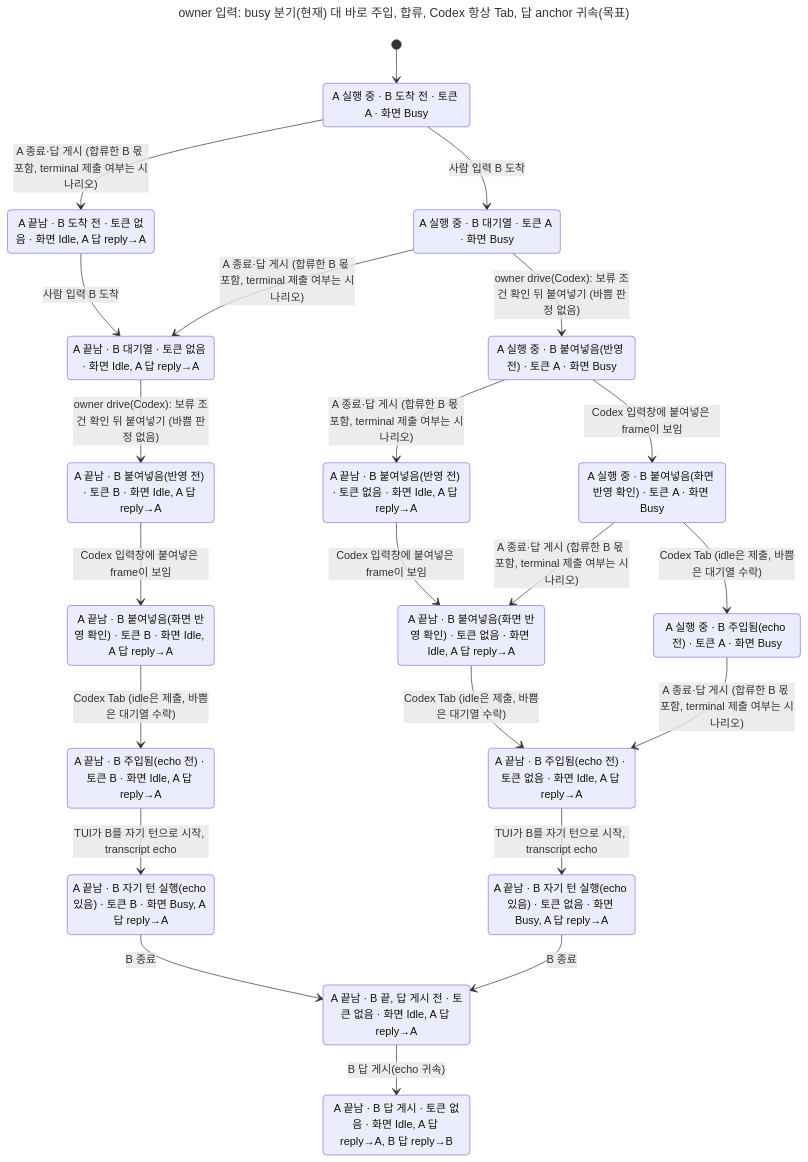
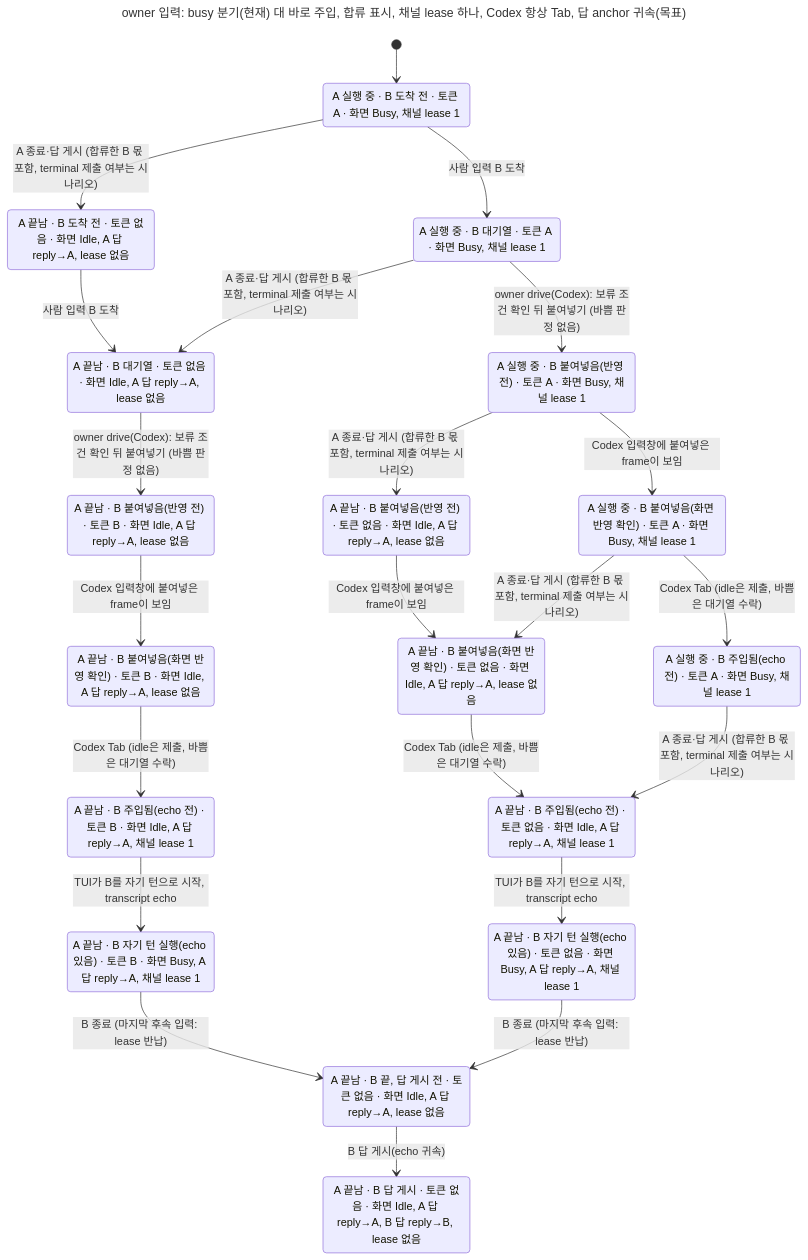
Before and after one commit to itismyfield/AgentDesk: the diagram in docs/statecharts/input-single-path/owner-input-busy-split.codex-target-busy.chart.mmd, drawn with Mermaid. The commit also changed 46 other files, not shown here.

```diff
--- a/docs/statecharts/input-single-path/owner-input-busy-split.codex-target-busy.chart.mmd
+++ b/docs/statecharts/input-single-path/owner-input-busy-split.codex-target-busy.chart.mmd
@@ -1,42 +1,42 @@
 ---
-title: "owner 입력: busy 분기(현재) 대 바로 주입, 합류, Codex 항상 Tab, 답 anchor 귀속(목표)"
+title: "owner 입력: busy 분기(현재) 대 바로 주입, 합류 표시, 채널 lease 하나, Codex 항상 Tab, 답 anchor 귀속(목표)"
 ---
 stateDiagram-v2
-  s0: A 실행 중 #183; B 도착 전 #183; 토큰 A #183; 화면 Busy
-  s1: A 끝남 #183; B 도착 전 #183; 토큰 없음 #183; 화면 Idle, A 답 reply#8594;A
-  s2: A 실행 중 #183; B 대기열 #183; 토큰 A #183; 화면 Busy
-  s3: A 끝남 #183; B 대기열 #183; 토큰 없음 #183; 화면 Idle, A 답 reply#8594;A
-  s4: A 실행 중 #183; B 붙여넣음(반영 전) #183; 토큰 A #183; 화면 Busy
-  s5: A 끝남 #183; B 붙여넣음(반영 전) #183; 토큰 B #183; 화면 Idle, A 답 reply#8594;A
-  s6: A 끝남 #183; B 붙여넣음(반영 전) #183; 토큰 없음 #183; 화면 Idle, A 답 reply#8594;A
-  s7: A 실행 중 #183; B 붙여넣음(화면 반영 확인) #183; 토큰 A #183; 화면 Busy
-  s8: A 끝남 #183; B 붙여넣음(화면 반영 확인) #183; 토큰 B #183; 화면 Idle, A 답 reply#8594;A
-  s9: A 끝남 #183; B 붙여넣음(화면 반영 확인) #183; 토큰 없음 #183; 화면 Idle, A 답 reply#8594;A
-  s10: A 실행 중 #183; B 주입됨(echo 전) #183; 토큰 A #183; 화면 Busy
-  s11: A 끝남 #183; B 주입됨(echo 전) #183; 토큰 B #183; 화면 Idle, A 답 reply#8594;A
-  s12: A 끝남 #183; B 주입됨(echo 전) #183; 토큰 없음 #183; 화면 Idle, A 답 reply#8594;A
-  s13: A 끝남 #183; B 자기 턴 실행(echo 있음) #183; 토큰 B #183; 화면 Busy, A 답 reply#8594;A
-  s14: A 끝남 #183; B 자기 턴 실행(echo 있음) #183; 토큰 없음 #183; 화면 Busy, A 답 reply#8594;A
-  s15: A 끝남 #183; B 끝, 답 게시 전 #183; 토큰 없음 #183; 화면 Idle, A 답 reply#8594;A
-  s16: A 끝남 #183; B 답 게시 #183; 토큰 없음 #183; 화면 Idle, A 답 reply#8594;A, B 답 reply#8594;B
+  s0: A 실행 중 #183; B 도착 전 #183; 토큰 A #183; 화면 Busy, 채널 lease 1
+  s1: A 끝남 #183; B 도착 전 #183; 토큰 없음 #183; 화면 Idle, A 답 reply#8594;A, lease 없음
+  s2: A 실행 중 #183; B 대기열 #183; 토큰 A #183; 화면 Busy, 채널 lease 1
+  s3: A 끝남 #183; B 대기열 #183; 토큰 없음 #183; 화면 Idle, A 답 reply#8594;A, lease 없음
+  s4: A 실행 중 #183; B 붙여넣음(반영 전) #183; 토큰 A #183; 화면 Busy, 채널 lease 1
+  s5: A 끝남 #183; B 붙여넣음(반영 전) #183; 토큰 B #183; 화면 Idle, A 답 reply#8594;A, lease 없음
+  s6: A 끝남 #183; B 붙여넣음(반영 전) #183; 토큰 없음 #183; 화면 Idle, A 답 reply#8594;A, lease 없음
+  s7: A 실행 중 #183; B 붙여넣음(화면 반영 확인) #183; 토큰 A #183; 화면 Busy, 채널 lease 1
+  s8: A 끝남 #183; B 붙여넣음(화면 반영 확인) #183; 토큰 B #183; 화면 Idle, A 답 reply#8594;A, lease 없음
+  s9: A 끝남 #183; B 붙여넣음(화면 반영 확인) #183; 토큰 없음 #183; 화면 Idle, A 답 reply#8594;A, lease 없음
+  s10: A 실행 중 #183; B 주입됨(echo 전) #183; 토큰 A #183; 화면 Busy, 채널 lease 1
+  s11: A 끝남 #183; B 주입됨(echo 전) #183; 토큰 B #183; 화면 Idle, A 답 reply#8594;A, 채널 lease 1
+  s12: A 끝남 #183; B 주입됨(echo 전) #183; 토큰 없음 #183; 화면 Idle, A 답 reply#8594;A, 채널 lease 1
+  s13: A 끝남 #183; B 자기 턴 실행(echo 있음) #183; 토큰 B #183; 화면 Busy, A 답 reply#8594;A, 채널 lease 1
+  s14: A 끝남 #183; B 자기 턴 실행(echo 있음) #183; 토큰 없음 #183; 화면 Busy, A 답 reply#8594;A, 채널 lease 1
+  s15: A 끝남 #183; B 끝, 답 게시 전 #183; 토큰 없음 #183; 화면 Idle, A 답 reply#8594;A, lease 없음
+  s16: A 끝남 #183; B 답 게시 #183; 토큰 없음 #183; 화면 Idle, A 답 reply#8594;A, B 답 reply#8594;B, lease 없음
   [*] --> s0
   s0 --> s1: A 종료#183;답 게시 (합류한 B 몫 포함, terminal 제출 여부는 시나리오)
   s0 --> s2: 사람 입력 B 도착
   s1 --> s3: 사람 입력 B 도착
   s2 --> s3: A 종료#183;답 게시 (합류한 B 몫 포함, terminal 제출 여부는 시나리오)
   s2 --> s4: owner drive(Codex): 보류 조건 확인 뒤 붙여넣기 (바쁨 판정 없음)
   s3 --> s5: owner drive(Codex): 보류 조건 확인 뒤 붙여넣기 (바쁨 판정 없음)
   s4 --> s6: A 종료#183;답 게시 (합류한 B 몫 포함, terminal 제출 여부는 시나리오)
   s4 --> s7: Codex 입력창에 붙여넣은 frame이 보임
   s5 --> s8: Codex 입력창에 붙여넣은 frame이 보임
   s6 --> s9: Codex 입력창에 붙여넣은 frame이 보임
   s7 --> s9: A 종료#183;답 게시 (합류한 B 몫 포함, terminal 제출 여부는 시나리오)
   s7 --> s10: Codex Tab (idle은 제출, 바쁨은 대기열 수락)
   s8 --> s11: Codex Tab (idle은 제출, 바쁨은 대기열 수락)
   s9 --> s12: Codex Tab (idle은 제출, 바쁨은 대기열 수락)
   s10 --> s12: A 종료#183;답 게시 (합류한 B 몫 포함, terminal 제출 여부는 시나리오)
   s11 --> s13: TUI가 B를 자기 턴으로 시작, transcript echo
   s12 --> s14: TUI가 B를 자기 턴으로 시작, transcript echo
-  s13 --> s15: B 종료
-  s14 --> s15: B 종료
+  s13 --> s15: B 종료 (마지막 후속 입력: lease 반납)
+  s14 --> s15: B 종료 (마지막 후속 입력: lease 반납)
   s15 --> s16: B 답 게시(echo 귀속)
```
